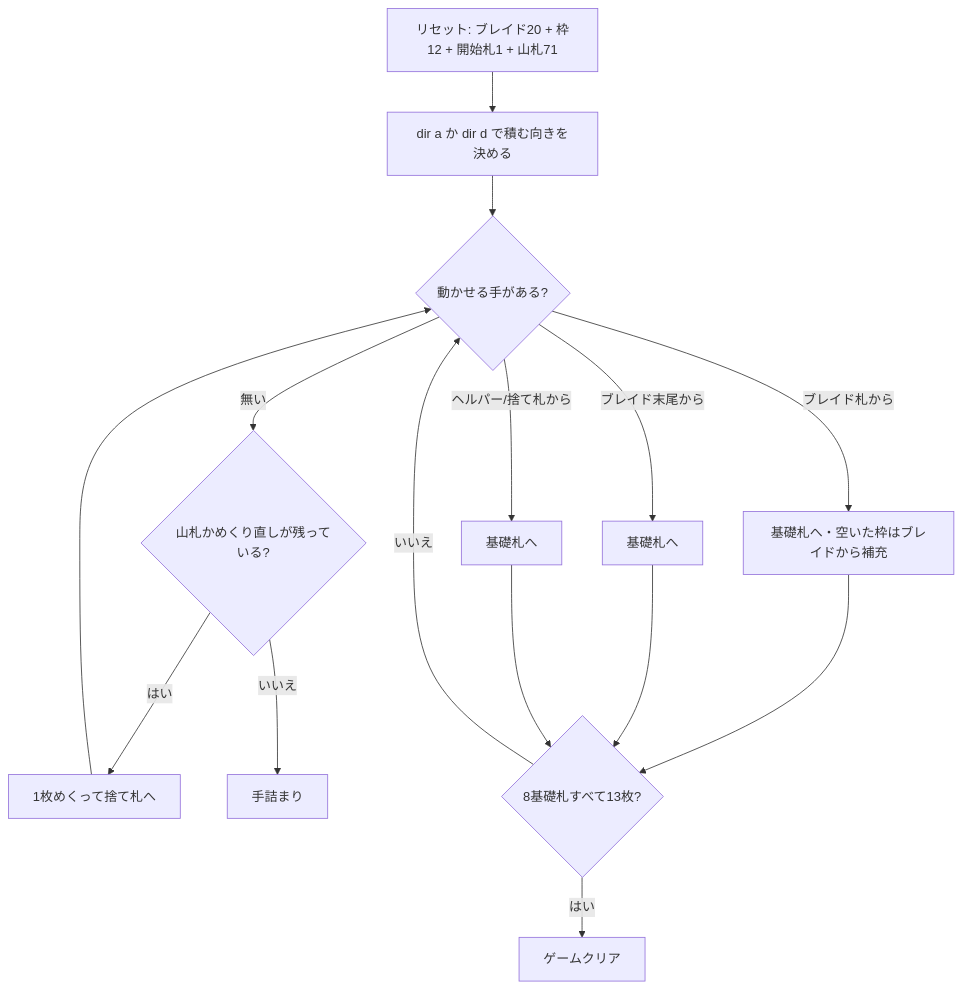
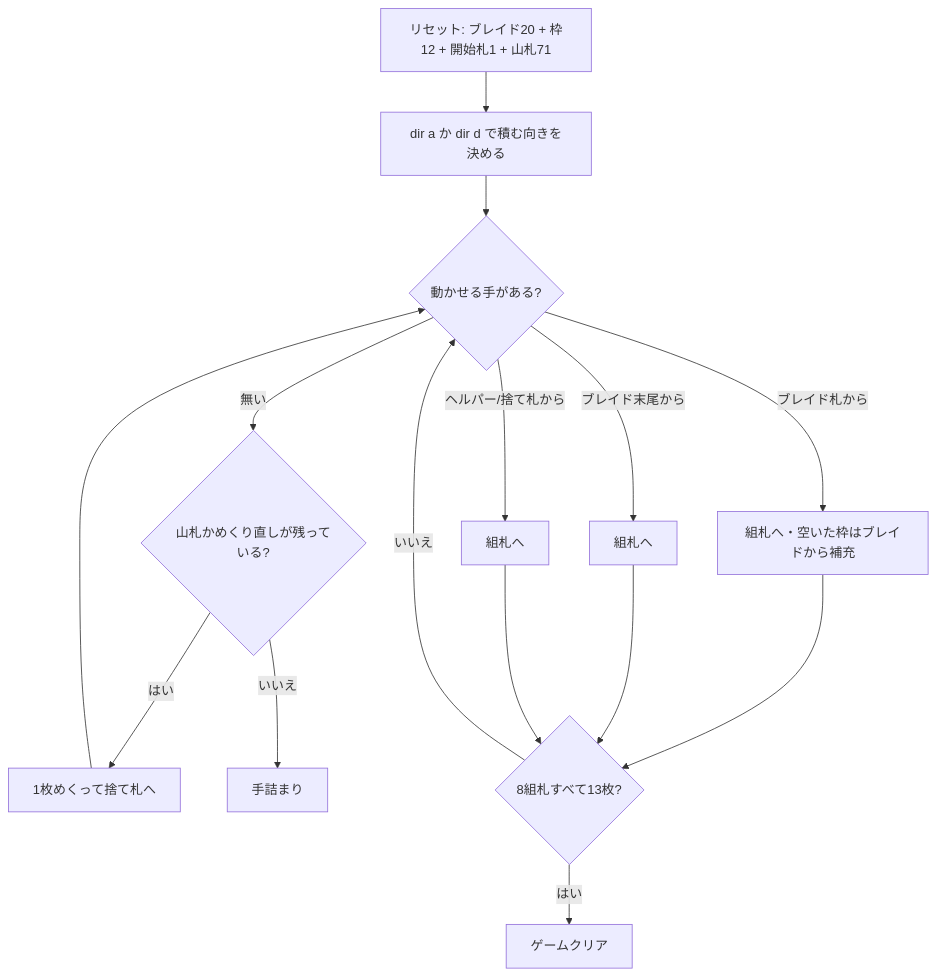
Before and after one commit to yuta-yoshinaga/go_trumpcards: the diagram in docs/manual/cui/braid.md, drawn with Mermaid. The commit also changed other lines of this file and 49 other files, not shown here.

````diff
--- a/docs/manual/cui/braid.md
+++ b/docs/manual/cui/braid.md
@@ -40,17 +40,17 @@
 ```mermaid
 flowchart TD
     A[リセット: ブレイド20 + 枠12 + 開始札1 + 山札71] --> B[dir a か dir d で積む向きを決める]
     B --> C{動かせる手がある?}
-    C -- ブレイド札から --> D[基礎札へ・空いた枠はブレイドから補充]
-    C -- ブレイド末尾から --> E[基礎札へ]
-    C -- ヘルパー/捨て札から --> F[基礎札へ]
+    C -- ブレイド札から --> D[組札へ・空いた枠はブレイドから補充]
+    C -- ブレイド末尾から --> E[組札へ]
+    C -- ヘルパー/捨て札から --> F[組札へ]
     C -- 無い --> G{山札かめくり直しが残っている?}
     G -- はい --> H[1枚めくって捨て札へ]
     G -- いいえ --> I[手詰まり]
-    D --> J{8基礎札すべて13枚?}
+    D --> J{8組札すべて13枚?}
     E --> J
     F --> J
     H --> C
     J -- はい --> K[ゲームクリア]
     J -- いいえ --> C
 ```
````
